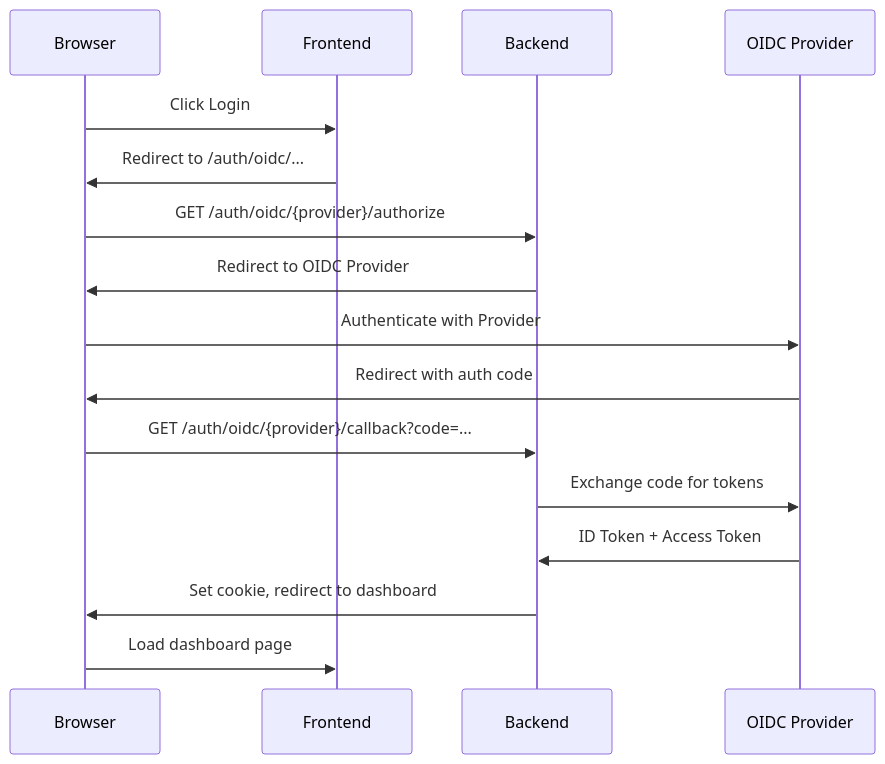
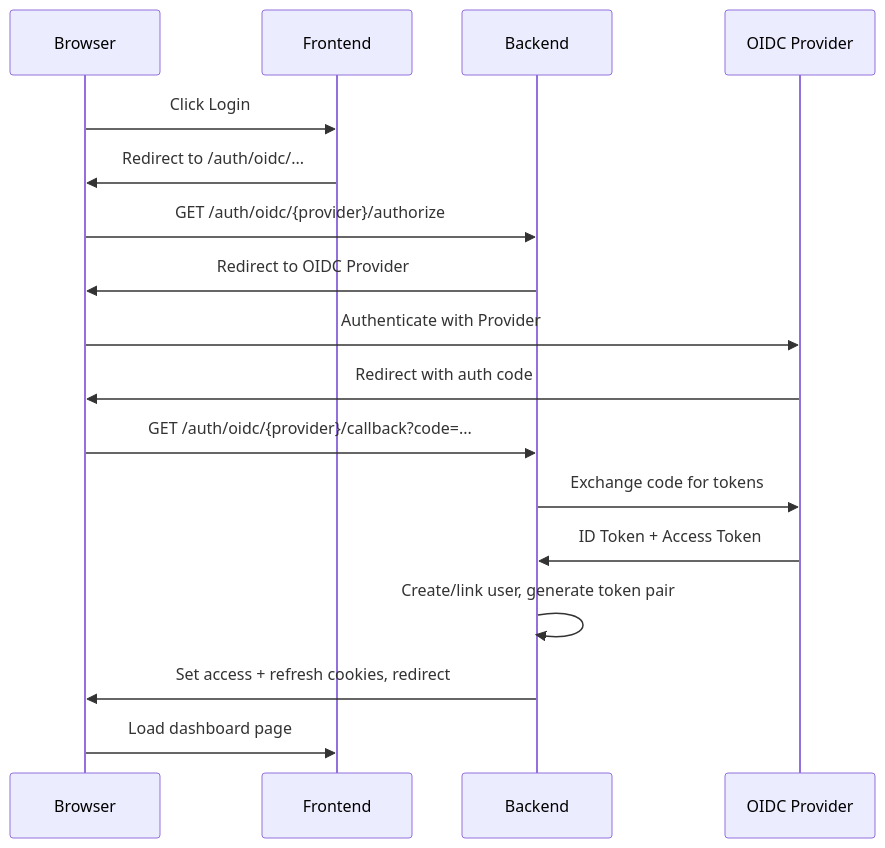
The third of 5 diagrams in docs/src/content/docs/development/architecture.md (ThatCatDev/Kaimu), drawn with Mermaid before and after one commit. The commit also changed other lines of this file and 23 other files, not shown here.

````diff
--- a/docs/src/content/docs/development/architecture.md
+++ b/docs/src/content/docs/development/architecture.md
@@ -203,19 +203,20 @@
 ```mermaid
 sequenceDiagram
     participant B as Browser
     participant F as Frontend
     participant BE as Backend
     participant O as OIDC Provider
 
     B->>F: Click Login
     F->>B: Redirect to /auth/oidc/...
     B->>BE: GET /auth/oidc/{provider}/authorize
     BE->>B: Redirect to OIDC Provider
     B->>O: Authenticate with Provider
     O->>B: Redirect with auth code
     B->>BE: GET /auth/oidc/{provider}/callback?code=...
     BE->>O: Exchange code for tokens
     O->>BE: ID Token + Access Token
-    BE->>B: Set cookie, redirect to dashboard
+    BE->>BE: Create/link user, generate token pair
+    BE->>B: Set access + refresh cookies, redirect
     B->>F: Load dashboard page
 ```
````
